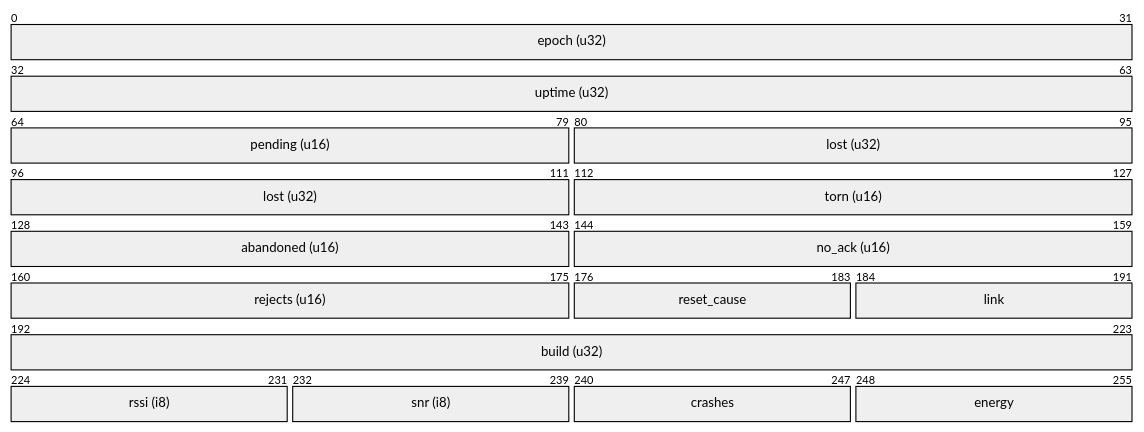
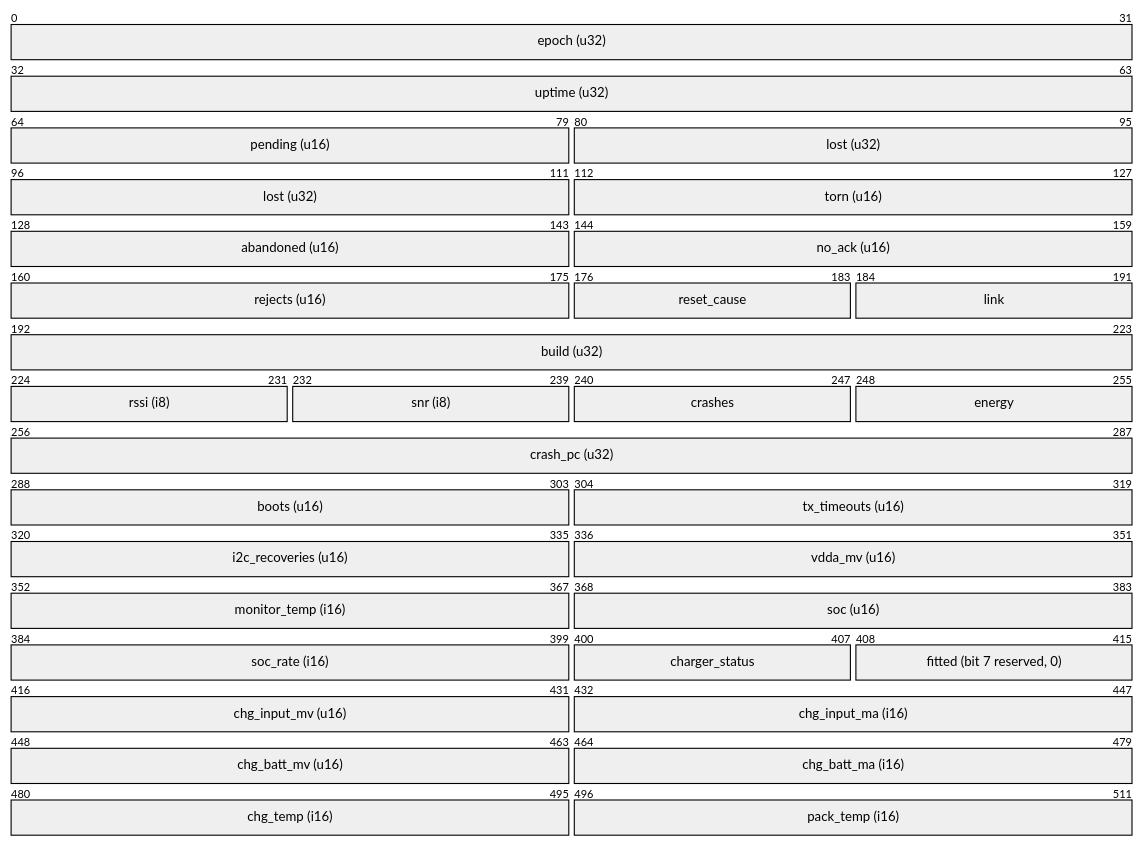
The seventh of 7 diagrams in firmware/common/ws_frame.lit.md (clintecker/weather-station-2026), drawn with Mermaid before and after one commit. The commit also changed other lines of this file and 303 other files, not shown here.

````diff
--- a/firmware/common/ws_frame.lit.md
+++ b/firmware/common/ws_frame.lit.md
@@ -387,18 +392,34 @@
 ```mermaid
 packet-beta
 0-31: "epoch (u32)"
 32-63: "uptime (u32)"
 64-79: "pending (u16)"
 80-111: "lost (u32)"
 112-127: "torn (u16)"
 128-143: "abandoned (u16)"
 144-159: "no_ack (u16)"
 160-175: "rejects (u16)"
 176-183: "reset_cause"
 184-191: "link"
 192-223: "build (u32)"
 224-231: "rssi (i8)"
 232-239: "snr (i8)"
 240-247: "crashes"
 248-255: "energy"
+256-287: "crash_pc (u32)"
+288-303: "boots (u16)"
+304-319: "tx_timeouts (u16)"
+320-335: "i2c_recoveries (u16)"
+336-351: "vdda_mv (u16)"
+352-367: "monitor_temp (i16)"
+368-383: "soc (u16)"
+384-399: "soc_rate (i16)"
+400-407: "charger_status"
+408-415: "fitted (bit 7 reserved, 0)"
+416-431: "chg_input_mv (u16)"
+432-447: "chg_input_ma (i16)"
+448-463: "chg_batt_mv (u16)"
+464-479: "chg_batt_ma (i16)"
+480-495: "chg_temp (i16)"
+496-511: "pack_temp (i16)"
 ```
````
